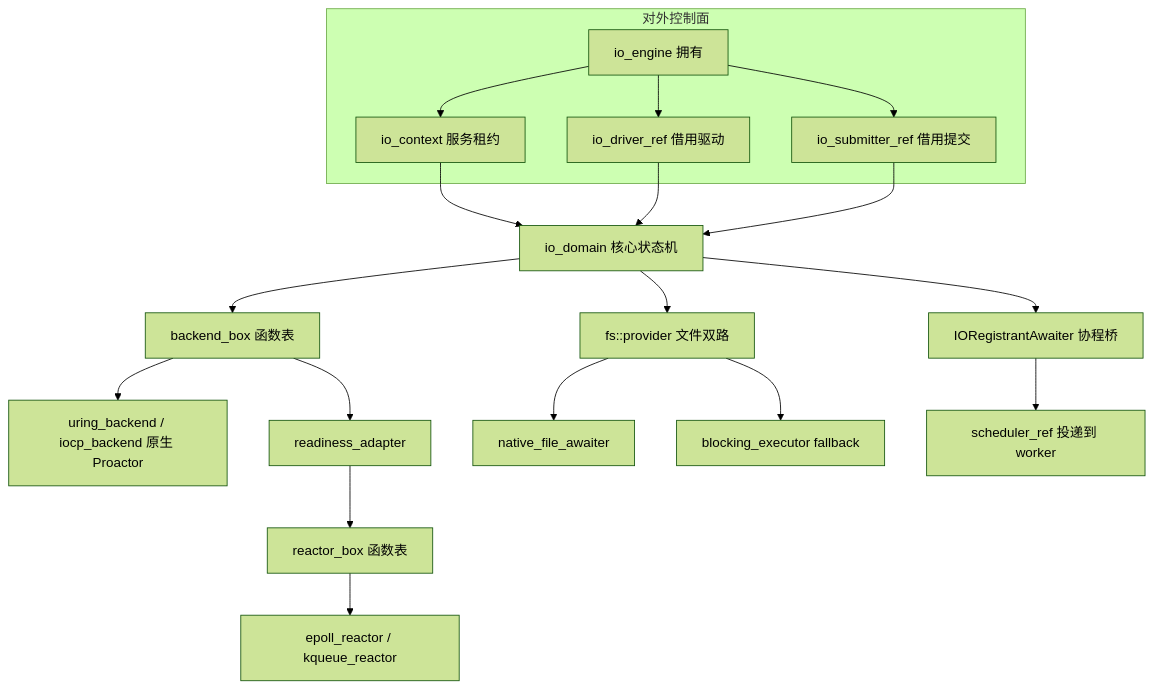
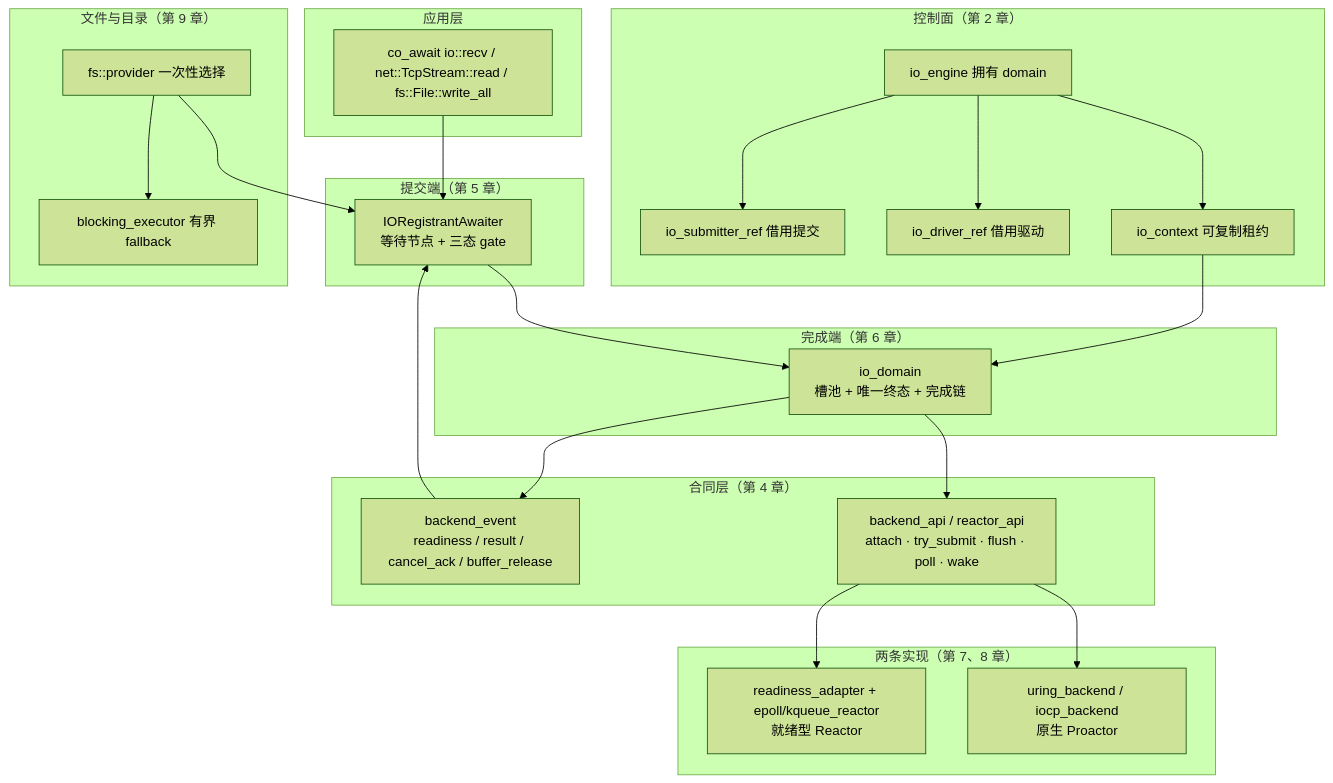
Before and after one commit to superlxh02/faio: the first of 19 diagrams in docs/异步IO.md, drawn with Mermaid (forest theme). The commit also changed other lines of this file and 364 other files, not shown here.

````diff
--- a/docs/异步IO.md
+++ b/docs/异步IO.md
@@ -25,21 +45,43 @@
 ```mermaid
 flowchart TD
-    subgraph 控制面["对外控制面"]
-        Engine["io_engine 拥有"] --> Context["io_context 服务租约"]
-        Engine --> Driver["io_driver_ref 借用驱动"]
-        Engine --> Submitter["io_submitter_ref 借用提交"]
+    subgraph APP["应用层"]
+        A1["co_await io::recv / net::TcpStream::read / fs::File::write_all"]
     end
-    Context --> Domain["io_domain 核心状态机"]
-    Driver --> Domain
-    Submitter --> Domain
-    Domain --> Bridge["IORegistrantAwaiter 协程桥"]
-    Domain --> Backend["backend_box 函数表"]
-    Backend --> Native["uring_backend / iocp_backend 原生 Proactor"]
-    Backend --> Adapter["readiness_adapter"]
-    Adapter --> Reactor["reactor_box 函数表"]
-    Reactor --> Epoll["epoll_reactor / kqueue_reactor"]
-    Domain --> File["fs::provider 文件双路"]
-    File --> NativeFile["native_file_awaiter"]
-    File --> Service["blocking_executor fallback"]
-    Bridge --> Scheduler["scheduler_ref 投递到 worker"]
+    subgraph CONTROL["控制面（第 2 章）"]
+        E["io_engine 拥有 domain"]
+        C["io_context 可复制租约"]
+        D["io_driver_ref 借用驱动"]
+        S["io_submitter_ref 借用提交"]
+    end
+    subgraph SUBMIT["提交端（第 5 章）"]
+        B["IORegistrantAwaiter<br/>等待节点 + 三态 gate"]
+    end
+    subgraph CONTRACT["合同层（第 4 章）"]
+        K["backend_api / reactor_api<br/>attach · try_submit · flush · poll · wake"]
+        EV["backend_event<br/>readiness / result / cancel_ack / buffer_release"]
+    end
+    subgraph COMPLETE["完成端（第 6 章）"]
+        DM["io_domain<br/>槽池 + 唯一终态 + 完成链"]
+    end
+    subgraph IMPL["两条实现（第 7、8 章）"]
+        U["uring_backend / iocp_backend<br/>原生 Proactor"]
+        R["readiness_adapter + epoll/kqueue_reactor<br/>就绪型 Reactor"]
+    end
+    subgraph FILE["文件与目录（第 9 章）"]
+        F1["fs::provider 一次性选择"]
+        F2["blocking_executor 有界 fallback"]
+    end
+    A1 --> B
+    E --> C
+    E --> D
+    E --> S
+    C --> DM
+    B --> DM
+    DM --> K
+    K --> U
+    K --> R
+    DM --> EV
+    EV --> B
+    F1 --> B
+    F1 --> F2
 ```
````
